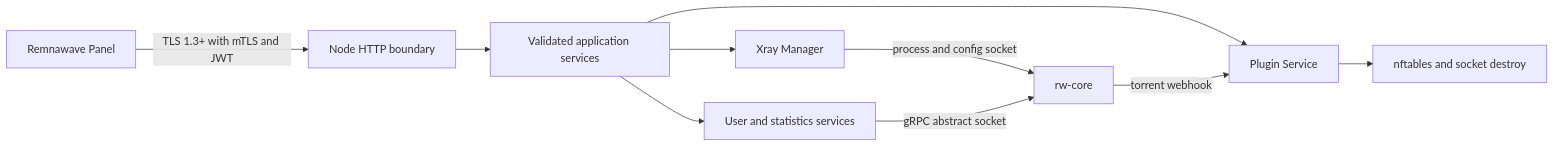
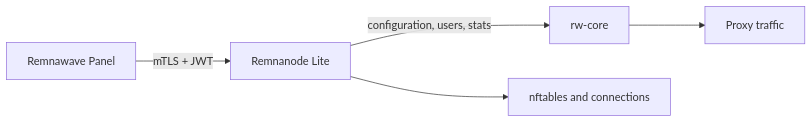
The diagram in README.md (luxiaba/remnanode-lite), drawn with Mermaid before and after one commit. The commit also changed other lines of this file and 2 other files, not shown here.

````diff
--- a/README.md
+++ b/README.md
@@ -117,12 +151,7 @@
 ```mermaid
 flowchart LR
-    Panel["Remnawave Panel"] -->|"TLS 1.3+ with mTLS and JWT"| HTTP["Node HTTP boundary"]
-    HTTP --> API["Validated application services"]
-    API --> Manager["Xray Manager"]
-    API --> Plugin["Plugin Service"]
-    API --> Stats["User and statistics services"]
-    Manager -->|"process and config socket"| Core["rw-core"]
-    Stats -->|"gRPC abstract socket"| Core
-    Plugin --> NFT["nftables and socket destroy"]
-    Core -->|"torrent webhook"| Plugin
+    Panel["Remnawave Panel"] -->|"mTLS + JWT"| Node["Remnanode Lite"]
+    Node -->|"configuration, users, stats"| Core["rw-core"]
+    Node --> Rules["nftables and connections"]
+    Core --> Traffic["Proxy traffic"]
 ```
````
